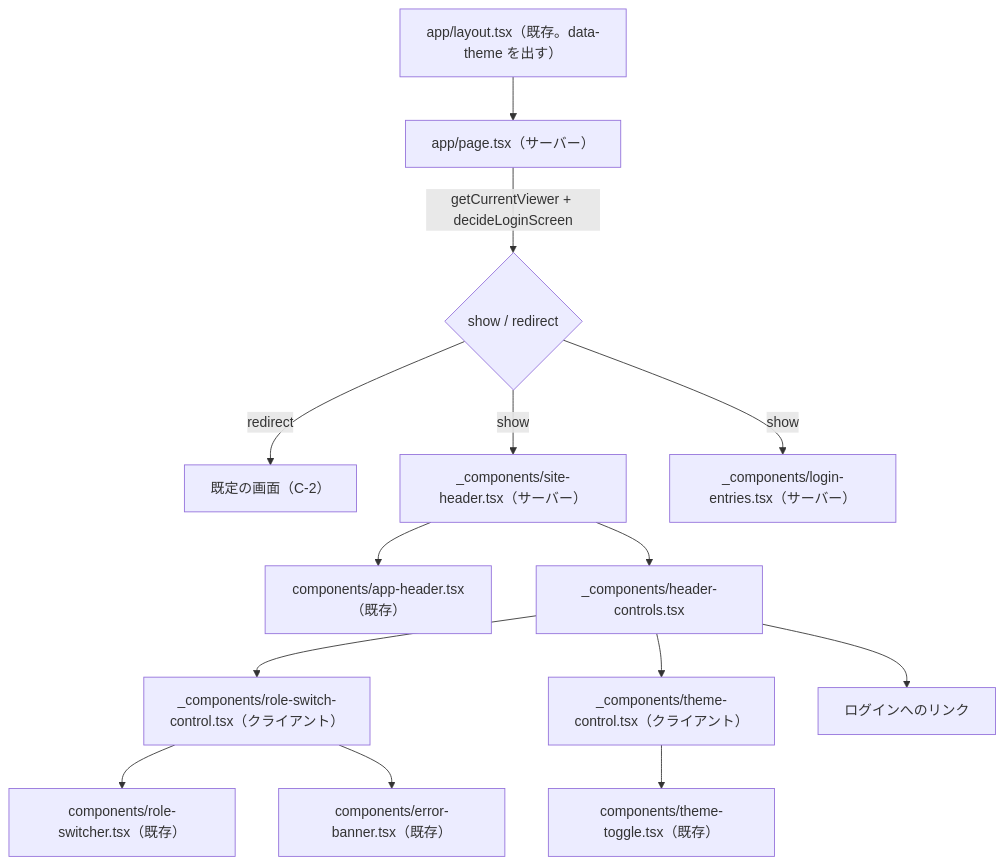
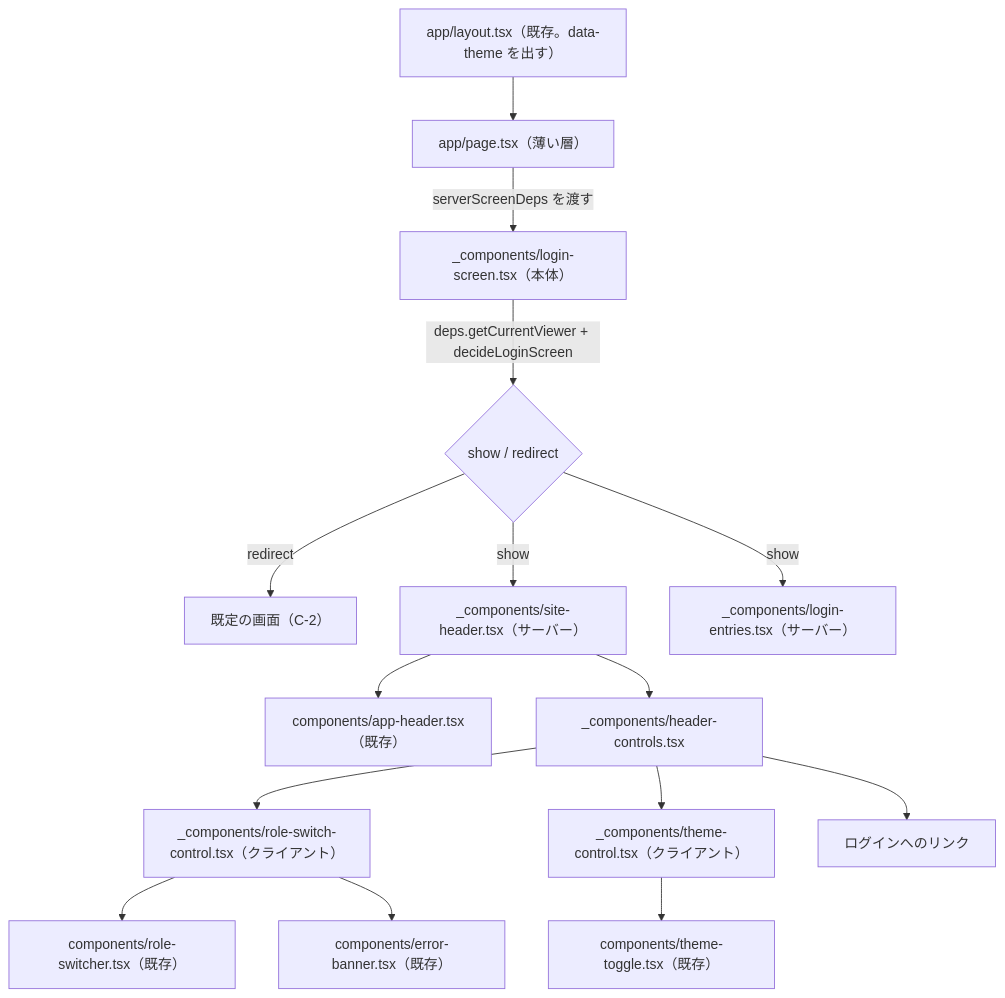
One commit to h-k741953/effort-tracker changed the first of 4 diagrams in docs/specs/web-screens-implementation-design.md. Above: the diagram before and after it, drawn with Mermaid. The commit also changed other lines of this file, not shown here.

````diff
--- a/docs/specs/web-screens-implementation-design.md
+++ b/docs/specs/web-screens-implementation-design.md
@@ -124,16 +124,17 @@
 ```mermaid
 flowchart TD
-  Layout["app/layout.tsx（既存。data-theme を出す）"] --> LoginPage["app/page.tsx（サーバー）"]
-  LoginPage -->|"getCurrentViewer + decideLoginScreen"| Decide{"show / redirect"}
+  Layout["app/layout.tsx（既存。data-theme を出す）"] --> LoginPage["app/page.tsx（薄い層）"]
+  LoginPage -->|"serverScreenDeps を渡す"| LoginScreen["_components/login-screen.tsx（本体）"]
+  LoginScreen -->|"deps.getCurrentViewer + decideLoginScreen"| Decide{"show / redirect"}
   Decide -->|redirect| Default["既定の画面（C-2）"]
   Decide -->|show| SiteHeader["_components/site-header.tsx（サーバー）"]
   Decide -->|show| Entries["_components/login-entries.tsx（サーバー）"]
   SiteHeader --> AppHeader["components/app-header.tsx（既存）"]
   SiteHeader --> Controls["_components/header-controls.tsx"]
   Controls --> RoleCtl["_components/role-switch-control.tsx（クライアント）"]
   Controls --> ThemeCtl["_components/theme-control.tsx（クライアント）"]
   Controls --> LoginLink["ログインへのリンク"]
   RoleCtl --> RoleSwitcher["components/role-switcher.tsx（既存）"]
   RoleCtl --> ErrorBanner["components/error-banner.tsx（既存）"]
   ThemeCtl --> ThemeToggle["components/theme-toggle.tsx（既存）"]
 ```
````
